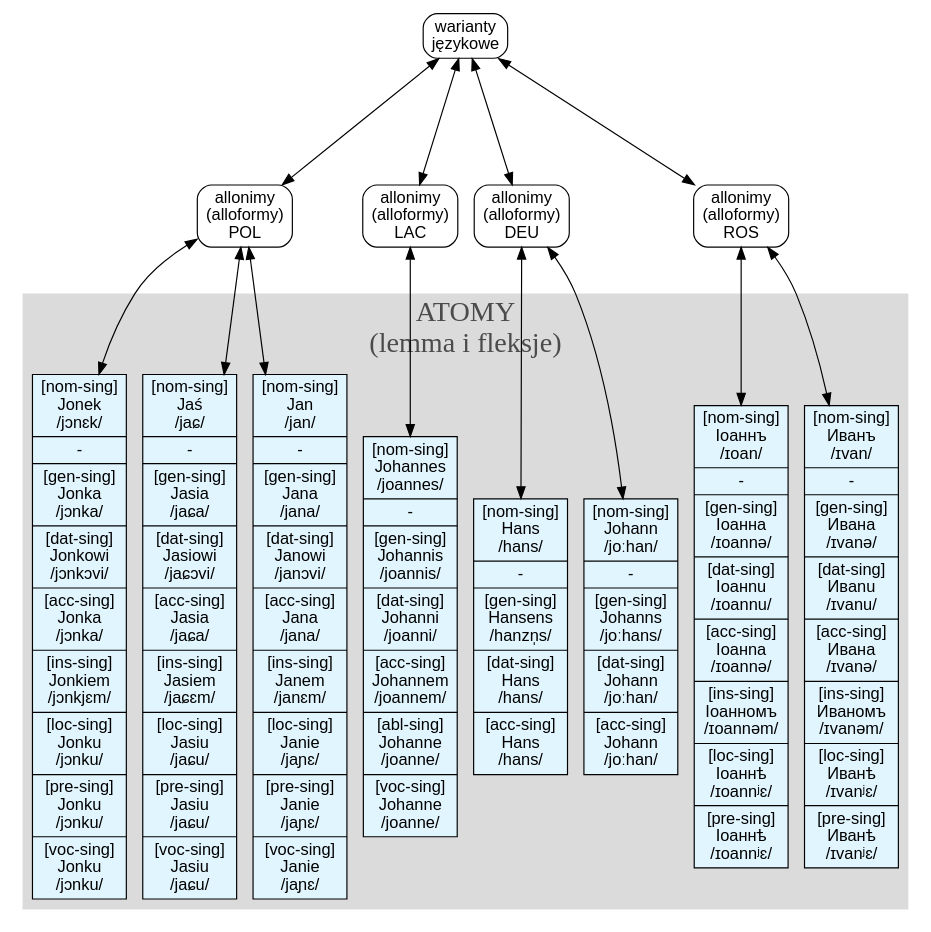
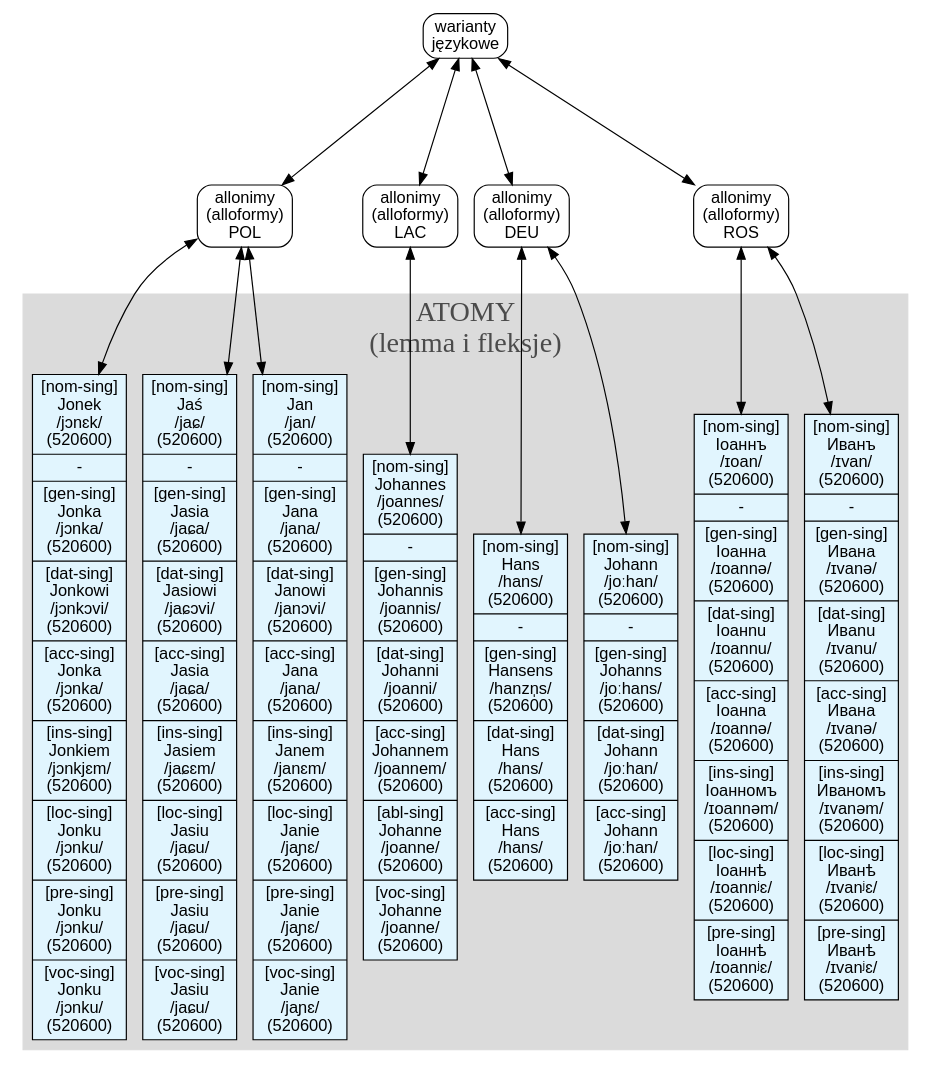
Before and after one commit to j-Cis/arboretum: the second of 2 diagrams in README.md, drawn with Graphviz. The commit also changed other lines of this file, not shown here.

Commit message:
Update README.md
usunięty BM-Soundex

````diff
--- a/README.md
+++ b/README.md
@@ -193,49 +193,52 @@
 ```graphviz
 digraph G {
     rankdir=TB;
     fontname="Arial"
     compound=true;
     nodesep=0.2; 
     ranksep=1.5;
 
     node [fontname="Arial", shape=box, style="filled,rounded", fillcolor="#e1f5fe", penwidth=0];
 
     subgraph cluster_atomy {
         label = "ATOMY\n(lemma i fleksje)";
         fontname="Arial Bold";
         fontsize=24;
         fontcolor="#4b4b4b";
         style=filled; color="#dbdbdb";
         
         node [style="filled", fillcolor="#e1f5fe", shape=record, penwidth=1, color="black", fontname="Arial", fontsize=14];
         
-        f1 [label="{ [nom-sing]\nJan\n/jan/ | - | [gen-sing]\nJana\n/jana/ | [dat-sing]\nJanowi\n/janɔvi/ | [acc-sing]\nJana\n/jana/ | [ins-sing]\nJanem\n/janɛm/ | [loc-sing]\nJanie\n/jaɲɛ/ | [pre-sing]\nJanie\n/jaɲɛ/ | [voc-sing]\nJanie\n/jaɲɛ/ }"];
-        f2 [label="{ [nom-sing]\nJaś\n/jaɕ/ | - | [gen-sing]\nJasia\n/jaɕa/ | [dat-sing]\nJasiowi\n/jaɕɔvi/ | [acc-sing]\nJasia\n/jaɕa/ | [ins-sing]\nJasiem\n/jaɕɛm/ | [loc-sing]\nJasiu\n/jaɕu/ | [pre-sing]\nJasiu\n/jaɕu/ | [voc-sing]\nJasiu\n/jaɕu/ }"];
-        f3 [label="{ [nom-sing]\nJonek\n/jɔnɛk/ | - | [gen-sing]\nJonka\n/jɔnka/ | [dat-sing]\nJonkowi\n/jɔnkɔvi/ | [acc-sing]\nJonka\n/jɔnka/ | [ins-sing]\nJonkiem\n/jɔnkjɛm/ | [loc-sing]\nJonku\n/jɔnku/ | [pre-sing]\nJonku\n/jɔnku/ | [voc-sing]\nJonku\n/jɔnku/ }"];
-        f4 [label="{ [nom-sing]\nJohannes\n/joannes/ | - | [gen-sing]\nJohannis\n/joannis/ | [dat-sing]\nJohanni\n/joanni/ | [acc-sing]\nJohannem\n/joannem/ | [abl-sing]\nJohanne\n/joanne/ | [voc-sing]\nJohanne\n/joanne/ }"];
-        f5 [label="{ [nom-sing]\nJohann\n/joːhan/ | - | [gen-sing]\nJohanns\n/joːhans/ | [dat-sing]\nJohann\n/joːhan/ | [acc-sing]\nJohann\n/joːhan/ }"];
-        f6 [label="{ [nom-sing]\nHans\n/hans/ | - | [gen-sing]\nHansens\n/hanzn̩s/ | [dat-sing]\nHans\n/hans/ | [acc-sing]\nHans\n/hans/ }"];
-        f7 [label="{ [nom-sing]\nИванъ\n/ɪvan/ | - | [gen-sing]\nИвана\n/ɪvanə/ | [dat-sing]\nИваnu\n/ɪvanu/ | [acc-sing]\nИвана\n/ɪvanə/ | [ins-sing]\nИваномъ\n/ɪvanəm/ | [loc-sing]\nИванѣ\n/ɪvanʲɛ/ | [pre-sing]\nИванѣ\n/ɪvanʲɛ/ }"];
-        f8 [label="{ [nom-sing]\nІоаннъ\n/ɪoan/ | - | [gen-sing]\nІоанна\n/ɪoannə/ | [dat-sing]\nІоанnu\n/ɪoannu/ | [acc-sing]\nІоанna\n/ɪoannə/ | [ins-sing]\nІоанномъ\n/ɪoannəm/ | [loc-sing]\nІоаннѣ\n/ɪoannʲɛ/ | [pre-sing]\nІоаннѣ\n/ɪoannʲɛ/ }"];
+       
+        f1 [label="{ [nom-sing]\nJan\n/jan/\n(520600) | - | [gen-sing]\nJana\n/jana/\n(520600) | [dat-sing]\nJanowi\n/janɔvi/\n(520600) | [acc-sing]\nJana\n/jana/\n(520600) | [ins-sing]\nJanem\n/janɛm/\n(520600) | [loc-sing]\nJanie\n/jaɲɛ/\n(520600) | [pre-sing]\nJanie\n/jaɲɛ/\n(520600) | [voc-sing]\nJanie\n/jaɲɛ/\n(520600) }"];
+        f2 [label="{ [nom-sing]\nJaś\n/jaɕ/\n(520600) | - | [gen-sing]\nJasia\n/jaɕa/\n(520600) | [dat-sing]\nJasiowi\n/jaɕɔvi/\n(520600) | [acc-sing]\nJasia\n/jaɕa/\n(520600) | [ins-sing]\nJasiem\n/jaɕɛm/\n(520600) | [loc-sing]\nJasiu\n/jaɕu/\n(520600) | [pre-sing]\nJasiu\n/jaɕu/\n(520600) | [voc-sing]\nJasiu\n/jaɕu/\n(520600) }"];
+        f3 [label="{ [nom-sing]\nJonek\n/jɔnɛk/\n(520600) | - | [gen-sing]\nJonka\n/jɔnka/\n(520600) | [dat-sing]\nJonkowi\n/jɔnkɔvi/\n(520600) | [acc-sing]\nJonka\n/jɔnka/\n(520600) | [ins-sing]\nJonkiem\n/jɔnkjɛm/\n(520600) | [loc-sing]\nJonku\n/jɔnku/\n(520600) | [pre-sing]\nJonku\n/jɔnku/\n(520600) | [voc-sing]\nJonku\n/jɔnku/\n(520600) }"];
+        f4 [label="{ [nom-sing]\nJohannes\n/joannes/\n(520600) | - | [gen-sing]\nJohannis\n/joannis/\n(520600) | [dat-sing]\nJohanni\n/joanni/\n(520600) | [acc-sing]\nJohannem\n/joannem/\n(520600) | [abl-sing]\nJohanne\n/joanne/\n(520600) | [voc-sing]\nJohanne\n/joanne/\n(520600) }"];
+        f5 [label="{ [nom-sing]\nJohann\n/joːhan/\n(520600) | - | [gen-sing]\nJohanns\n/joːhans/\n(520600) | [dat-sing]\nJohann\n/joːhan/\n(520600) | [acc-sing]\nJohann\n/joːhan/\n(520600) }"];
+        f6 [label="{ [nom-sing]\nHans\n/hans/\n(520600) | - | [gen-sing]\nHansens\n/hanzn̩s/\n(520600) | [dat-sing]\nHans\n/hans/\n(520600) | [acc-sing]\nHans\n/hans/\n(520600) }"];
+        f7 [label="{ [nom-sing]\nИванъ\n/ɪvan/\n(520600) | - | [gen-sing]\nИвана\n/ɪvanə/\n(520600) | [dat-sing]\nИваnu\n/ɪvanu/\n(520600) | [acc-sing]\nИвана\n/ɪvanə/\n(520600) | [ins-sing]\nИваномъ\n/ɪvanəm/\n(520600) | [loc-sing]\nИванѣ\n/ɪvanʲɛ/\n(520600) | [pre-sing]\nИванѣ\n/ɪvanʲɛ/\n(520600) }"];
+        f8 [label="{ [nom-sing]\nІоаннъ\n/ɪoan/\n(520600) | - | [gen-sing]\nІоанна\n/ɪoannə/\n(520600) | [dat-sing]\nІоанnu\n/ɪoannu/\n(520600) | [acc-sing]\nІоанna\n/ɪoannə/\n(520600) | [ins-sing]\nІоанномъ\n/ɪoannəm/\n(520600) | [loc-sing]\nІоаннѣ\n/ɪoannʲɛ/\n(520600) | [pre-sing]\nІоаннѣ\n/ɪoannʲɛ/\n(520600) }"];
     }
+
+   
 
 
     node [style="filled,rounded", fillcolor=white, penwidth=1, fontname="Arial"];    
     translacje1 [label="warianty\njęzykowe"];    
     alloformy1 [label="allonimy\n(alloformy)\nPOL"];
     alloformy2 [label="allonimy\n(alloformy)\nLAC"];
     alloformy3 [label="allonimy\n(alloformy)\nDEU"];
     alloformy4 [label="allonimy\n(alloformy)\nROS"];
 
     translacje1 -> {alloformy1 alloformy2 alloformy3 alloformy4} [dir=both]; 
 
     alloformy1 -> { f1 } [dir=both];
     alloformy1 -> { f2 } [dir=both];
     alloformy1 -> { f3 } [dir=both];
     alloformy2 -> { f4 } [dir=both];
     alloformy3 -> { f5 } [dir=both];
     alloformy3 -> { f6 } [dir=both];
     alloformy4 -> { f7 } [dir=both];
     alloformy4 -> { f8 } [dir=both];
 }
 ```
````
